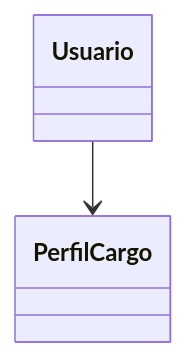
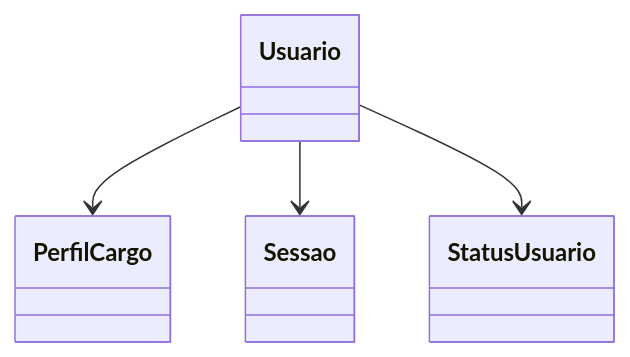
The fourth of 4 diagrams in docs/usuarios-operacoes/02-modelagem-com-ddd.md (TechChallengeFiap/Quimovia), drawn with Mermaid before and after one commit. The commit also changed other lines of this file, not shown here.

````diff
--- a/docs/usuarios-operacoes/02-modelagem-com-ddd.md
+++ b/docs/usuarios-operacoes/02-modelagem-com-ddd.md
@@ -90,6 +181,10 @@
 ```mermaid
 classDiagram
 class Usuario
 class PerfilCargo
+class Sessao
+class StatusUsuario
 Usuario --> PerfilCargo
+Usuario --> Sessao
+Usuario --> StatusUsuario
 ```
````
